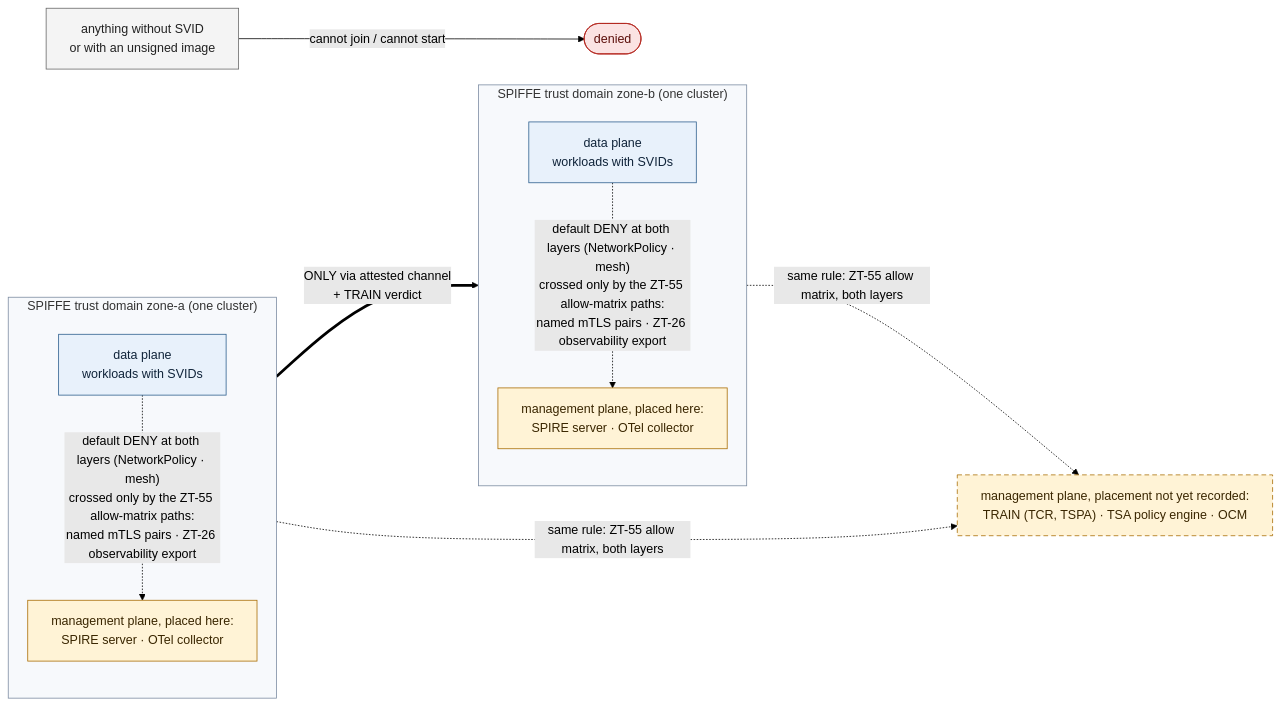
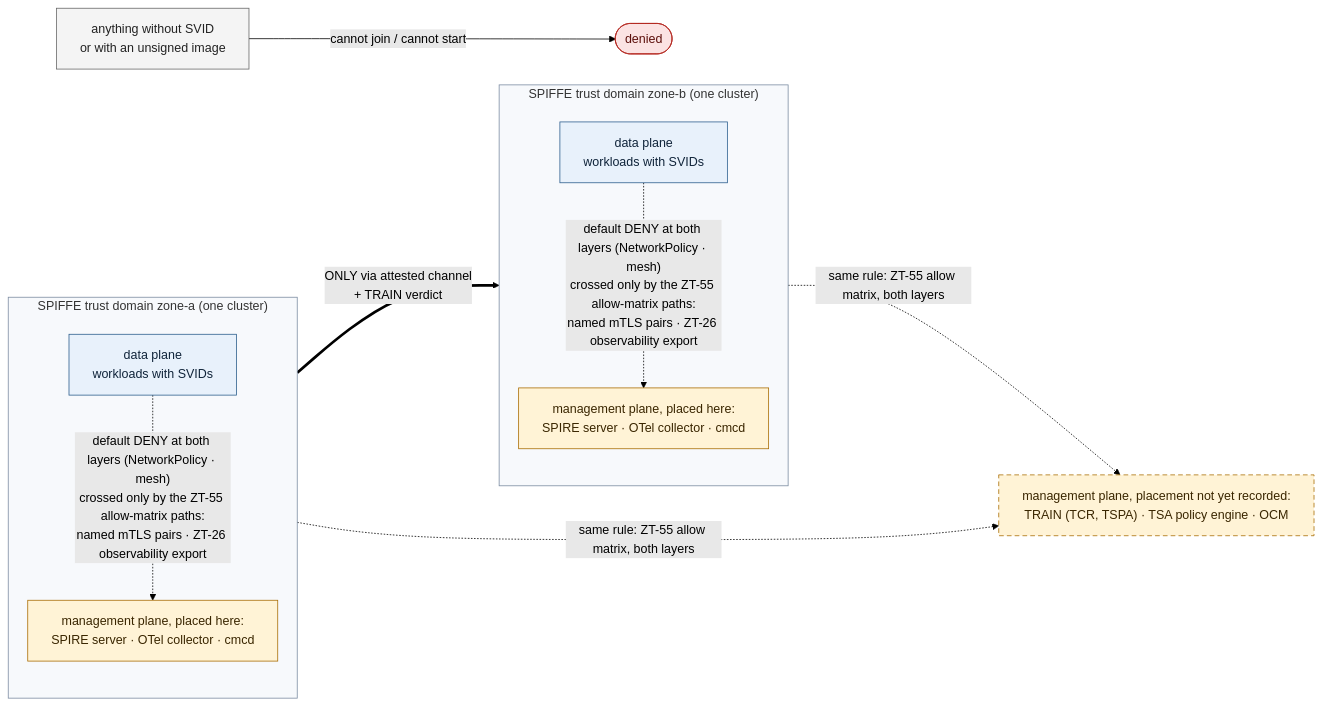
One commit to blopes-atals/facis-zero-trust-demonstrator changed the diagram in docs/diagrams/03-trust-boundaries.mmd. Above: the diagram before and after it, drawn with Mermaid (forest theme). The commit also changed 3 other files, not shown here.

First line of the commit message:
docs(architecture): place cmcd in the management plane

```diff
--- a/docs/diagrams/03-trust-boundaries.mmd
+++ b/docs/diagrams/03-trust-boundaries.mmd
@@ -1,37 +1,37 @@
 %% Render: npx -y -p @mermaid-js/mermaid-cli mmdc --no-font-embed -i docs/diagrams/03-trust-boundaries.mmd -o docs/diagrams/03-trust-boundaries.svg
 %% Diagram 03, trust boundaries. Illustrates ARCHITECTURE section 6; the allow matrix there is the place of record.
 %% Edges are drawn at zone level so that each zone keeps its own top-to-bottom layout (Mermaid ignores a subgraph direction once a node inside it links outside).
 %% --no-font-embed: the embedded webfont is measured before it loads, which clips the widest line of every label in browsers.
 %%{init: {"flowchart": {"nodeSpacing": 30, "rankSpacing": 70, "wrappingWidth": 360}}}%%
 flowchart LR
   classDef data fill:#e8f1fb,stroke:#2b5d8c,color:#10243a
   classDef mgmt fill:#fff3d6,stroke:#a86b00,color:#3a2600
   classDef prov fill:#fff3d6,stroke:#a86b00,stroke-dasharray:6 4,color:#3a2600
   classDef ext fill:#f4f4f4,stroke:#666,color:#222
   classDef deny fill:#fbe3e3,stroke:#b3261e,color:#5c0f0b
 
   subgraph TD_A["SPIFFE trust domain zone-a (one cluster)"]
     direction TB
     A1["data plane<br/>workloads with SVIDs"]:::data
-    A2["management plane, placed here:<br/>SPIRE server · OTel collector"]:::mgmt
+    A2["management plane, placed here:<br/>SPIRE server · OTel collector · cmcd"]:::mgmt
     A1 -. "default DENY at both layers (NetworkPolicy · mesh)<br/>crossed only by the ZT-55 allow-matrix paths:<br/>named mTLS pairs · ZT-26 observability export" .-> A2
   end
   subgraph TD_B["SPIFFE trust domain zone-b (one cluster)"]
     direction TB
     B1["data plane<br/>workloads with SVIDs"]:::data
-    B2["management plane, placed here:<br/>SPIRE server · OTel collector"]:::mgmt
+    B2["management plane, placed here:<br/>SPIRE server · OTel collector · cmcd"]:::mgmt
     B1 -. "default DENY at both layers (NetworkPolicy · mesh)<br/>crossed only by the ZT-55 allow-matrix paths:<br/>named mTLS pairs · ZT-26 observability export" .-> B2
   end
   TD_A == "ONLY via attested channel<br/>+ TRAIN verdict" ==> TD_B
   TD_A ~~~ MGMT_P
 
   MGMT_P["management plane, placement not yet recorded:<br/>TRAIN (TCR, TSPA) · TSA policy engine · OCM"]:::prov
   TD_A -. "same rule: ZT-55 allow matrix, both layers" .-> MGMT_P
   TD_B -. "same rule: ZT-55 allow matrix, both layers" .-> MGMT_P
 
   EXT["anything without SVID<br/>or with an unsigned image"]:::ext
   X(["denied"]):::deny
   EXT -- "cannot join / cannot start" --> X
 
   style TD_A fill:#f7f9fc,stroke:#7a8aa0
   style TD_B fill:#f7f9fc,stroke:#7a8aa0
```
